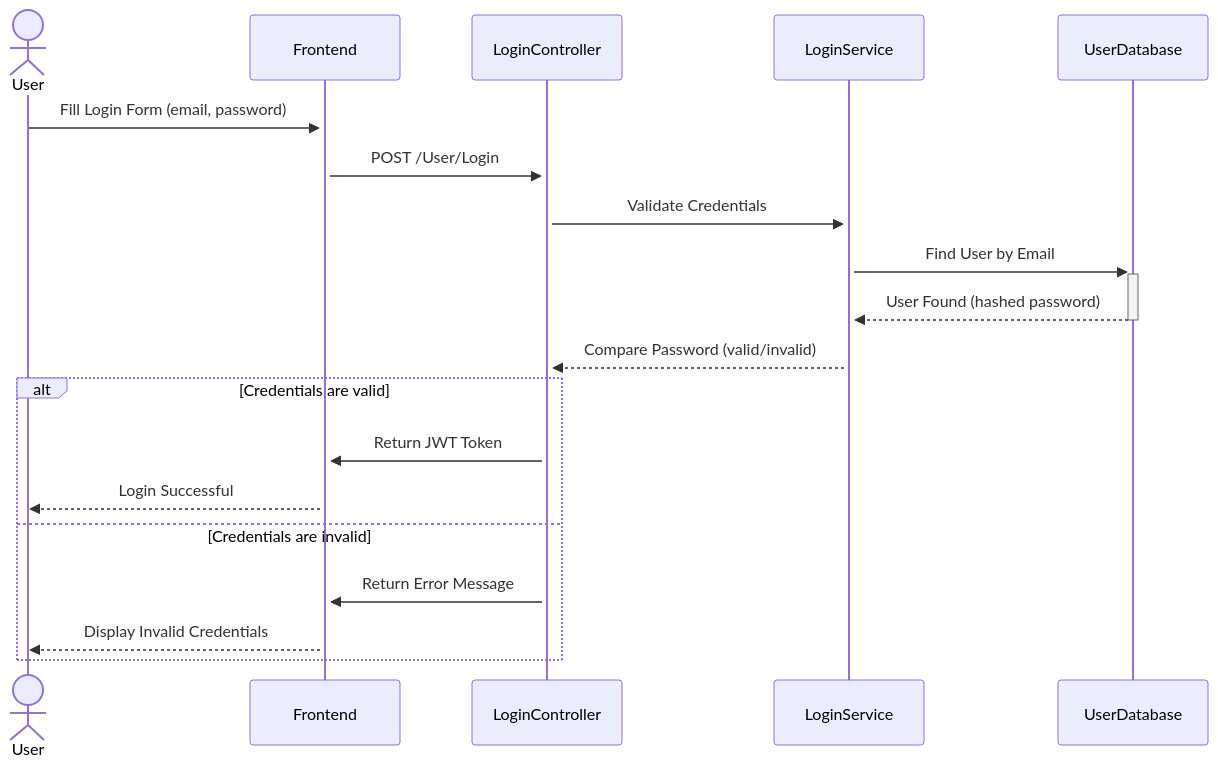
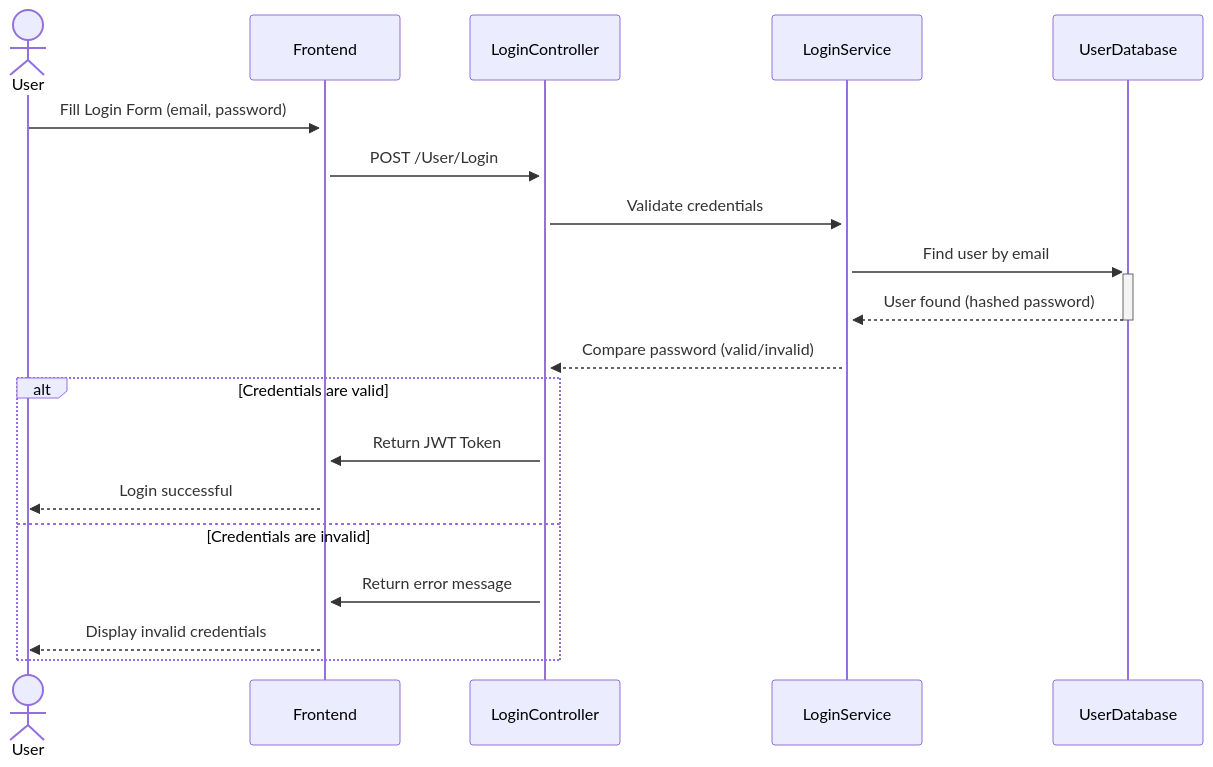
One commit to ElisaRumSolberg/BookSphereAPI changed the fifth of 19 diagrams in docs/diagrams.md. Above: the diagram before and after it, drawn with Mermaid. The commit also changed other lines of this file, not shown here.

````diff
--- a/docs/diagrams.md
+++ b/docs/diagrams.md
@@ -165,23 +154,22 @@
-   ```mermaid
-      sequenceDiagram
-        actor User
-        participant Frontend
-       participant LoginController
-       participant LoginService
+```mermaid
+sequenceDiagram
+    actor User
+    participant Frontend
+    participant LoginController
+    participant LoginService
     participant UserDatabase
 
     User ->>+ Frontend: Fill Login Form (email, password)
     Frontend ->>+ LoginController: POST /User/Login
-    LoginController ->>+ LoginService: Validate Credentials
-    LoginService ->>+ UserDatabase: Find User by Email
-    UserDatabase -->>- LoginService: User Found (hashed password)
-    LoginService -->> LoginController: Compare Password (valid/invalid)
+    LoginController ->>+ LoginService: Validate credentials
+    LoginService ->>+ UserDatabase: Find user by email
+    UserDatabase -->>- LoginService: User found (hashed password)
+    LoginService -->> LoginController: Compare password (valid/invalid)
     alt Credentials are valid
         LoginController ->> Frontend: Return JWT Token
-        Frontend -->> User: Login Successful
+        Frontend -->> User: Login successful
     else Credentials are invalid
-        LoginController ->> Frontend: Return Error Message
-        Frontend -->> User: Display Invalid Credentials
+        LoginController ->> Frontend: Return error message
+        Frontend -->> User: Display invalid credentials
     end
-
-    ```
+```
````
